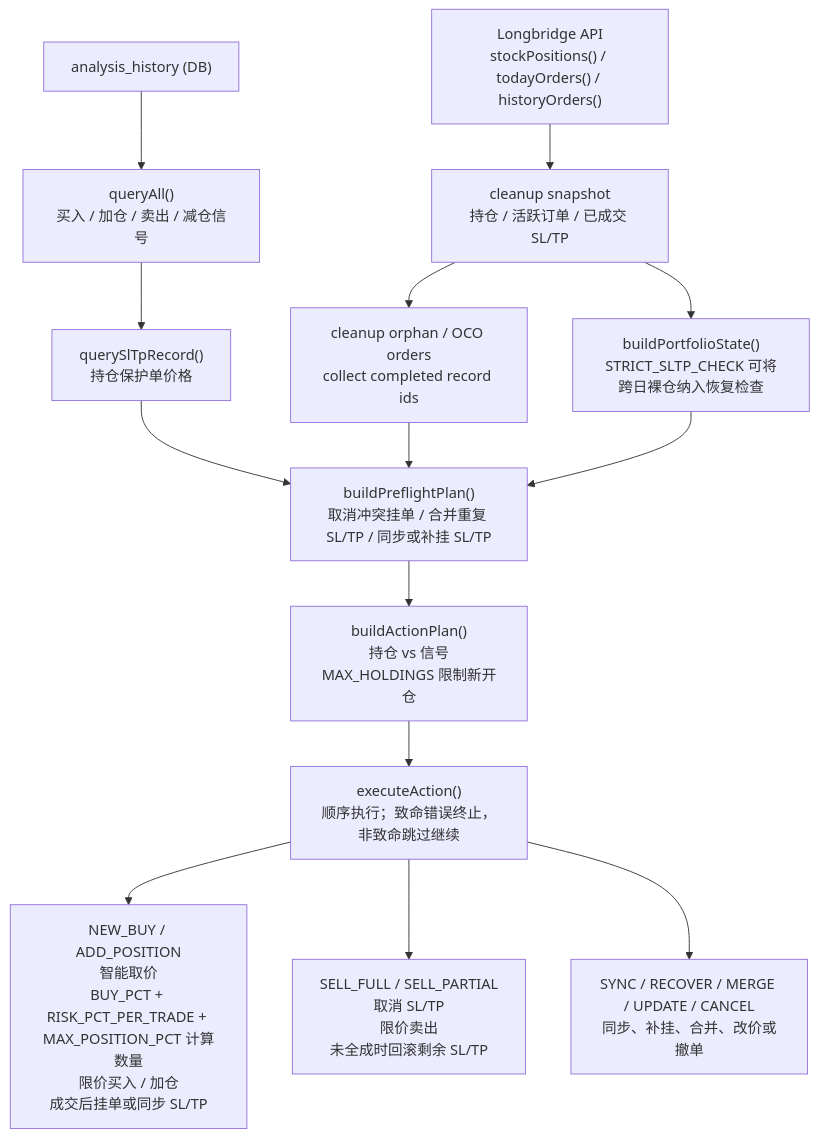
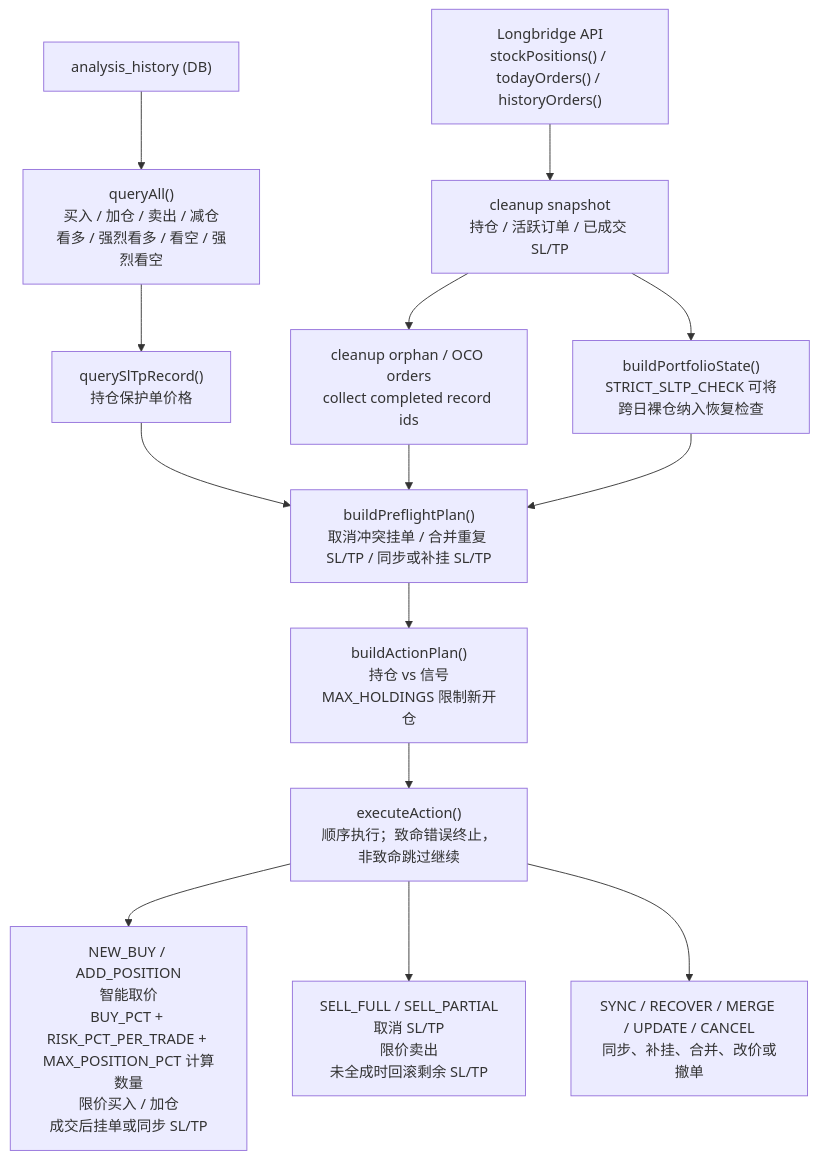
Before and after one commit to bowencool/trading-scripts: the diagram in README.md, drawn with Mermaid. The commit also changed other lines of this file and 2 other files, not shown here.

Commit message:
Include trend predictions in trade signals

````diff
--- a/README.md
+++ b/README.md
@@ -26,19 +26,19 @@
 ```mermaid
 flowchart TD
-  DB["analysis_history (DB)"] --> Signals["queryAll()<br/>买入 / 加仓 / 卖出 / 减仓信号"]
+  DB["analysis_history (DB)"] --> Signals["queryAll()<br/>买入 / 加仓 / 卖出 / 减仓<br/>看多 / 强烈看多 / 看空 / 强烈看空"]
   API["Longbridge API<br/>stockPositions() / todayOrders() / historyOrders()"] --> Snapshot["cleanup snapshot<br/>持仓 / 活跃订单 / 已成交 SL/TP"]
 
   Signals --> SlTpRecord["querySlTpRecord()<br/>持仓保护单价格"]
   Snapshot --> Cleanup["cleanup orphan / OCO orders<br/>collect completed record ids"]
   Snapshot --> Portfolio["buildPortfolioState()<br/>STRICT_SLTP_CHECK 可将跨日裸仓纳入恢复检查"]
   SlTpRecord --> Preflight["buildPreflightPlan()<br/>取消冲突挂单 / 合并重复 SL/TP / 同步或补挂 SL/TP"]
   Cleanup --> Preflight
   Portfolio --> Preflight
 
   Preflight --> ActionPlan["buildActionPlan()<br/>持仓 vs 信号<br/>MAX_HOLDINGS 限制新开仓"]
   ActionPlan --> Execute["executeAction()<br/>顺序执行；致命错误终止，非致命跳过继续"]
 
   Execute --> Buy["NEW_BUY / ADD_POSITION<br/>智能取价<br/>BUY_PCT + RISK_PCT_PER_TRADE + MAX_POSITION_PCT 计算数量<br/>限价买入 / 加仓<br/>成交后挂单或同步 SL/TP"]
   Execute --> Sell["SELL_FULL / SELL_PARTIAL<br/>取消 SL/TP<br/>限价卖出<br/>未全成时回滚剩余 SL/TP"]
   Execute --> Maintenance["SYNC / RECOVER / MERGE / UPDATE / CANCEL<br/>同步、补挂、合并、改价或撤单"]
 ```
````
